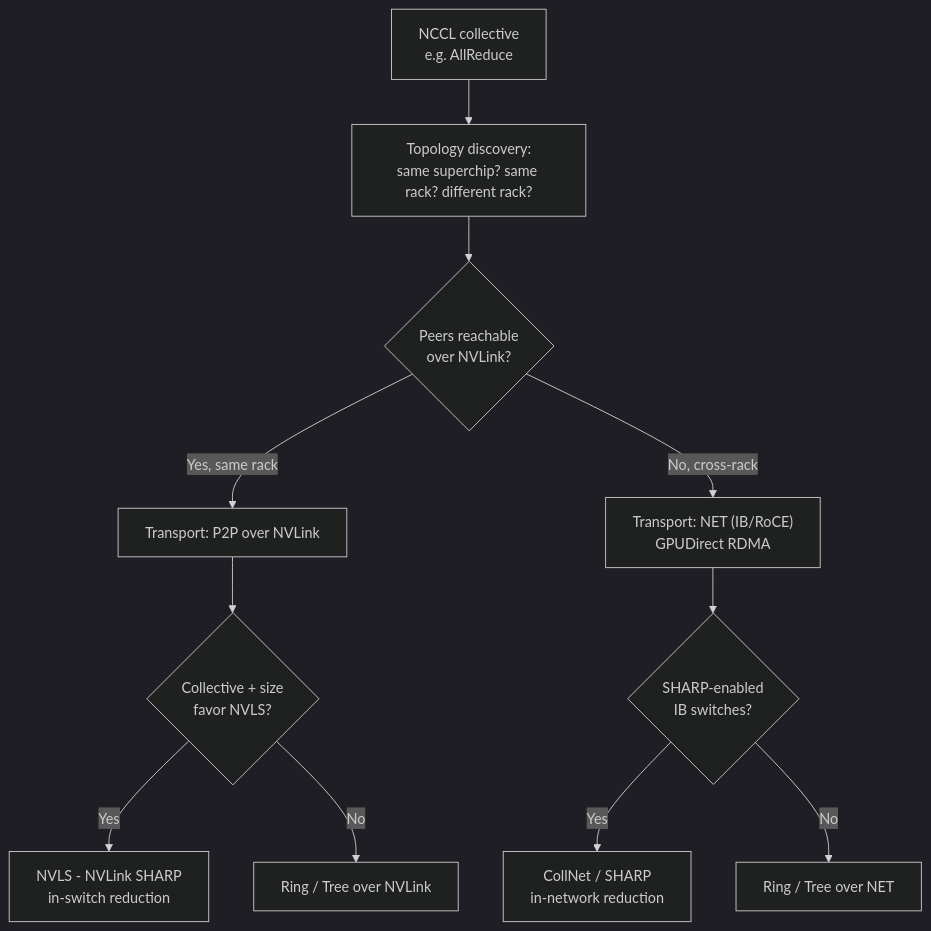
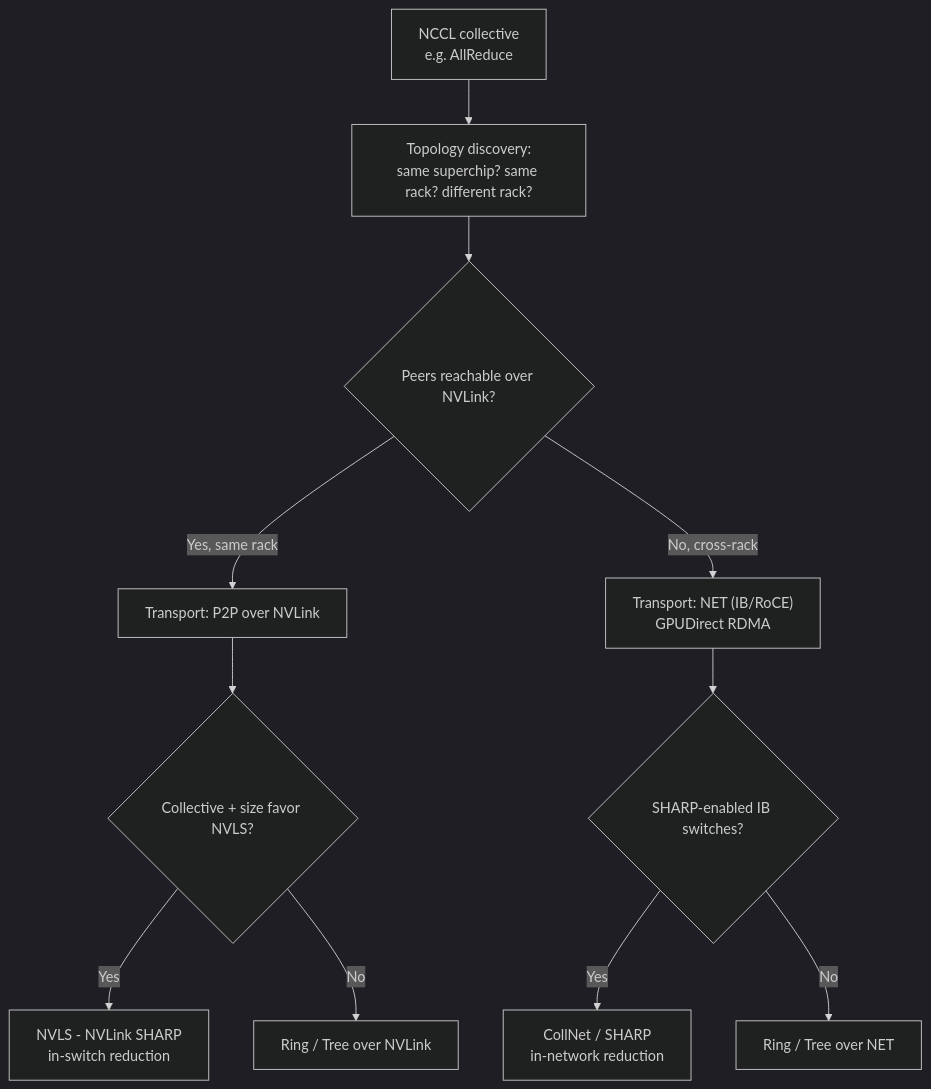
The sixth of 11 diagrams in nvl72.md (dfwguy/validation), drawn with Mermaid (dark theme) before and after one commit. The commit also changed other lines of this file, not shown here.

First line of the commit message:
Fix Mermaid 10.7.0 syntax errors in six diagrams

````diff
--- a/nvl72.md
+++ b/nvl72.md
@@ -410,15 +407,15 @@
 ```mermaid
 flowchart TB
     START["NCCL collective<br/>e.g. AllReduce"] --> TOPO["Topology discovery:<br/>same superchip? same rack? different rack?"]
-    TOPO --> P2P{"Peers reachable<br/>over NVLink?"}
+    TOPO --> P2P{"Peers reachable over NVLink?"}
     P2P -->|"Yes, same rack"| TNVL["Transport: P2P over NVLink"]
     P2P -->|"No, cross-rack"| TNET["Transport: NET (IB/RoCE)<br/>GPUDirect RDMA"]
 
-    TNVL --> ALGO1{"Collective + size<br/>favor NVLS?"}
+    TNVL --> ALGO1{"Collective + size favor NVLS?"}
     ALGO1 -->|"Yes"| NVLS["NVLS - NVLink SHARP<br/>in-switch reduction"]
     ALGO1 -->|"No"| RING1["Ring / Tree over NVLink"]
 
-    TNET --> ALGO2{"SHARP-enabled<br/>IB switches?"}
+    TNET --> ALGO2{"SHARP-enabled IB switches?"}
     ALGO2 -->|"Yes"| COLLNET["CollNet / SHARP<br/>in-network reduction"]
     ALGO2 -->|"No"| RING2["Ring / Tree over NET"]
 ```
````
